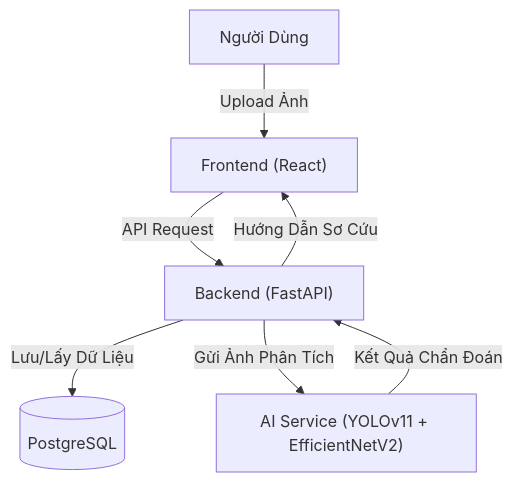
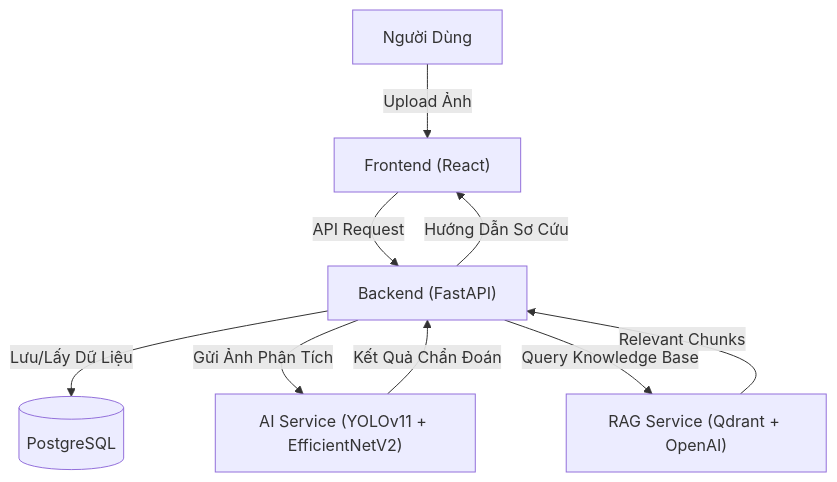
The diagram in README.md (NguyenTrungHieu3/skinaid-v2), drawn with Mermaid before and after one commit. The commit also changed other lines of this file and 28 other files, not shown here.

````diff
--- a/README.md
+++ b/README.md
@@ -23,9 +22,11 @@
 ```mermaid
 graph TD
     User["Người Dùng"] -->|"Upload Ảnh"| FE["Frontend (React)"]
     FE -->|"API Request"| BE["Backend (FastAPI)"]
     BE -->|"Lưu/Lấy Dữ Liệu"| DB[("PostgreSQL")]
     BE -->|"Gửi Ảnh Phân Tích"| AI["AI Service (YOLOv11 + EfficientNetV2)"]
     AI -->|"Kết Quả Chẩn Đoán"| BE
+    BE -->|"Query Knowledge Base"| RAG["RAG Service (Qdrant + OpenAI)"]
+    RAG -->|"Relevant Chunks"| BE
     BE -->|"Hướng Dẫn Sơ Cứu"| FE
 ```
````
